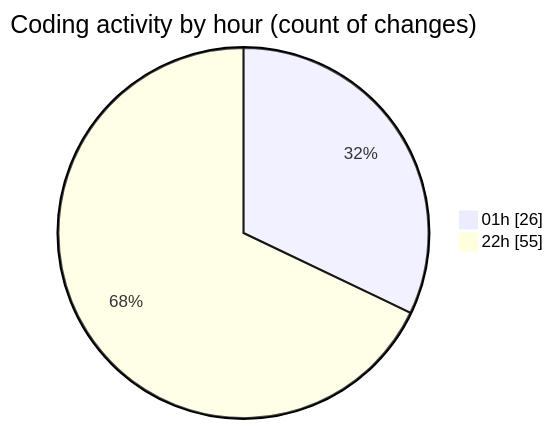
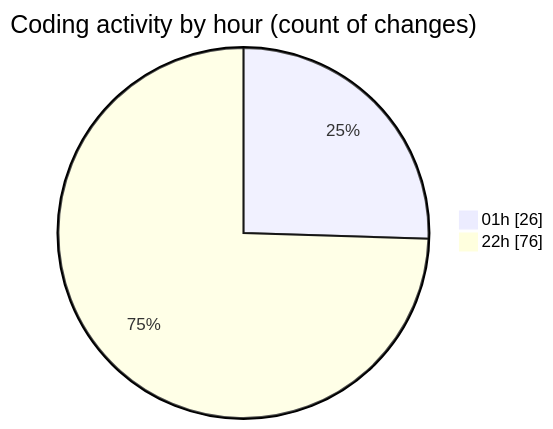
One commit to Ritupan-Deka/code-tracking changed the second of 2 diagrams in 2025-01-28/0starter_files/README.md. Above: the diagram before and after it, drawn with Mermaid. The commit also changed other lines of this file and 1 other file, not shown here.

````diff
--- a/2025-01-28/0starter_files/README.md
+++ b/2025-01-28/0starter_files/README.md
@@ -28,6 +28,6 @@
 ```mermaid
 pie showData
 title Coding activity by hour (count of changes)
 "01h" : 26
-"22h" : 55
+"22h" : 76
 ```
````
